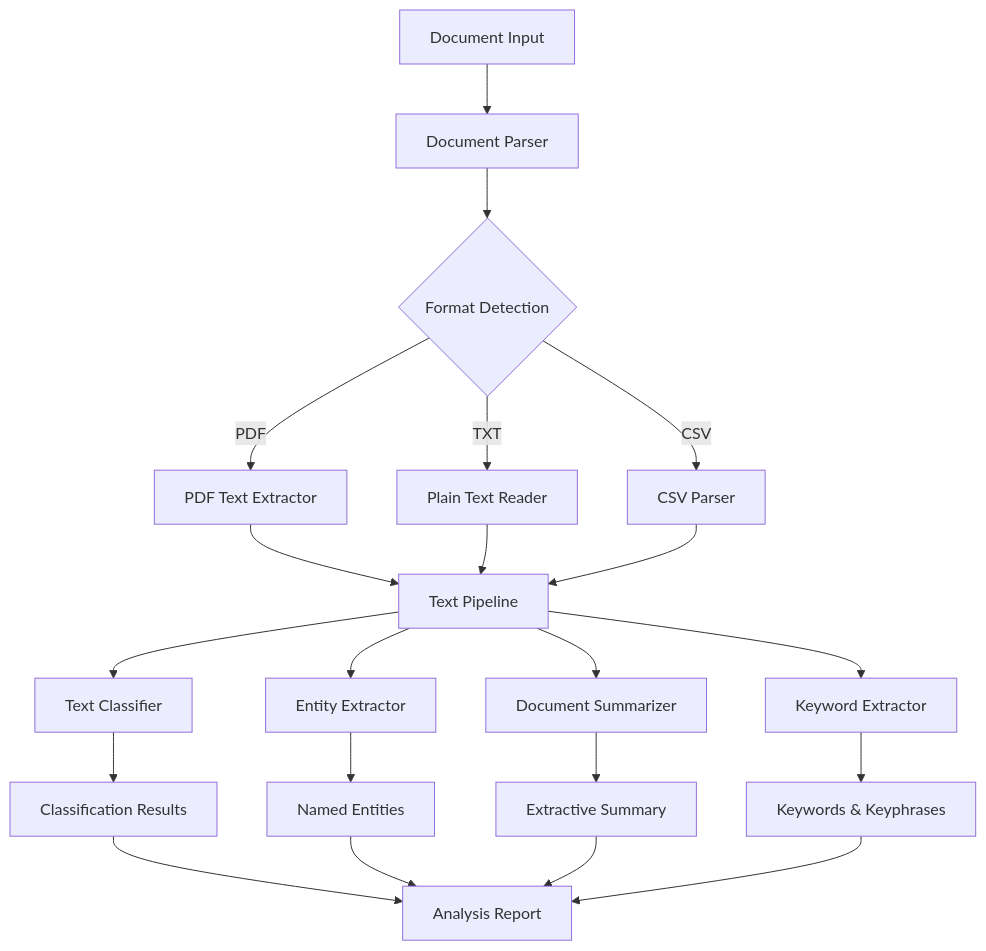
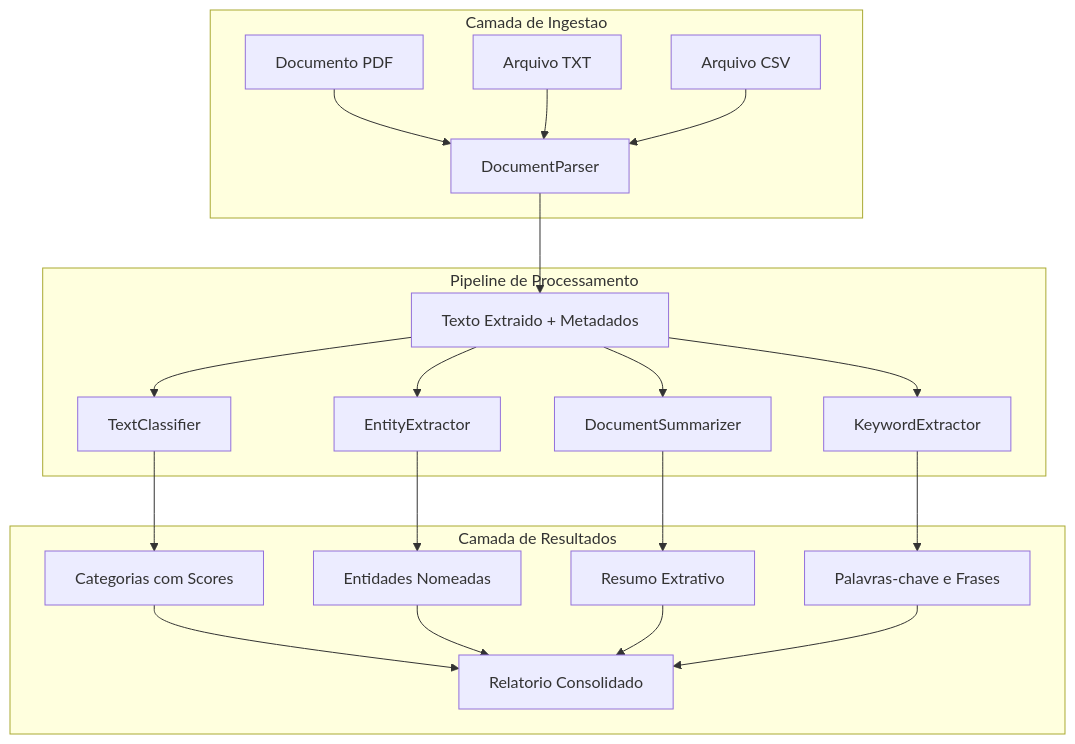
One commit to galafis/Document-Intelligence-System changed the first of 4 diagrams in README.md. Above: the diagram before and after it, drawn with Mermaid. The commit also changed other lines of this file and 2 other files, not shown here.

````diff
--- a/README.md
+++ b/README.md
@@ -22,23 +49,27 @@
 ```mermaid
 graph TD
-    A[Document Input] --> B[Document Parser]
-    B --> C{Format Detection}
-    C -->|PDF| D[PDF Text Extractor]
-    C -->|TXT| E[Plain Text Reader]
-    C -->|CSV| F[CSV Parser]
-    D --> G[Text Pipeline]
-    E --> G
-    F --> G
-    G --> H[Text Classifier]
-    G --> I[Entity Extractor]
-    G --> J[Document Summarizer]
-    G --> K[Keyword Extractor]
-    H --> L[Classification Results]
-    I --> M[Named Entities]
-    J --> N[Extractive Summary]
-    K --> O[Keywords & Keyphrases]
-    L --> P[Analysis Report]
-    M --> P
-    N --> P
-    O --> P
+    subgraph Entrada["Camada de Ingestao"]
+        A1[Documento PDF] --> B[DocumentParser]
+        A2[Arquivo TXT] --> B
+        A3[Arquivo CSV] --> B
+    end
+
+    subgraph Pipeline["Pipeline de Processamento"]
+        B --> C[Texto Extraido + Metadados]
+        C --> D[TextClassifier]
+        C --> E[EntityExtractor]
+        C --> F[DocumentSummarizer]
+        C --> G[KeywordExtractor]
+    end
+
+    subgraph Resultados["Camada de Resultados"]
+        D --> H[Categorias com Scores]
+        E --> I[Entidades Nomeadas]
+        F --> J[Resumo Extrativo]
+        G --> K[Palavras-chave e Frases]
+        H --> L[Relatorio Consolidado]
+        I --> L
+        J --> L
+        K --> L
+    end
 ```
````
